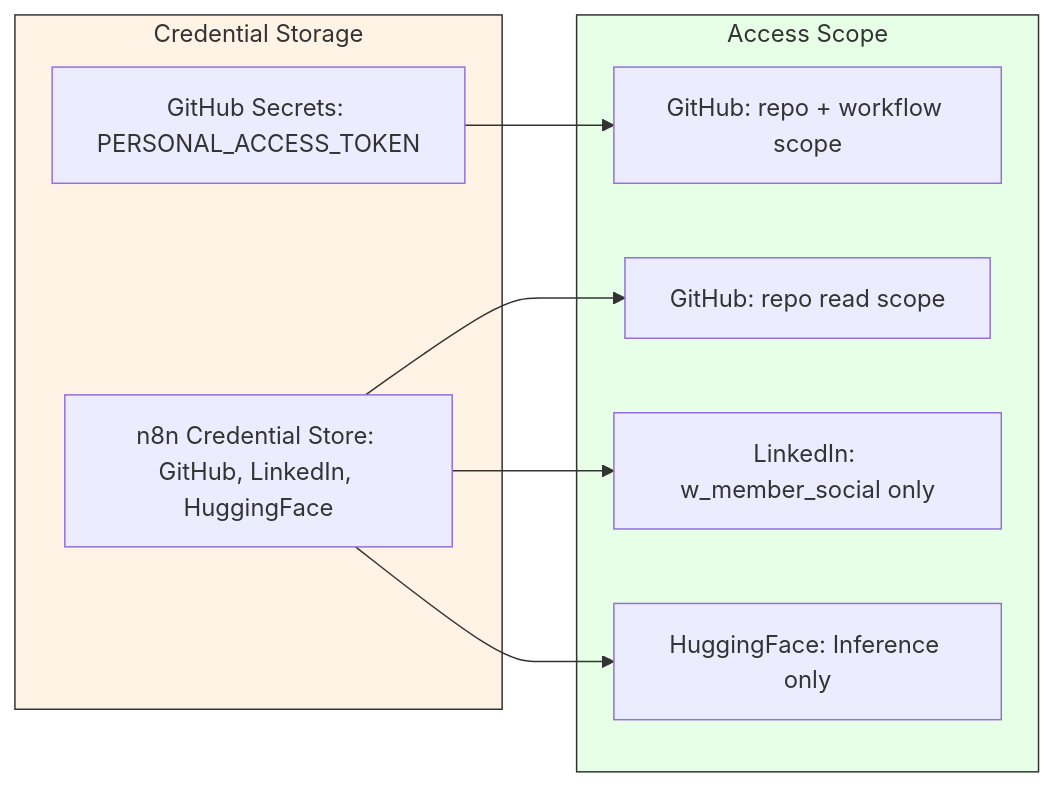
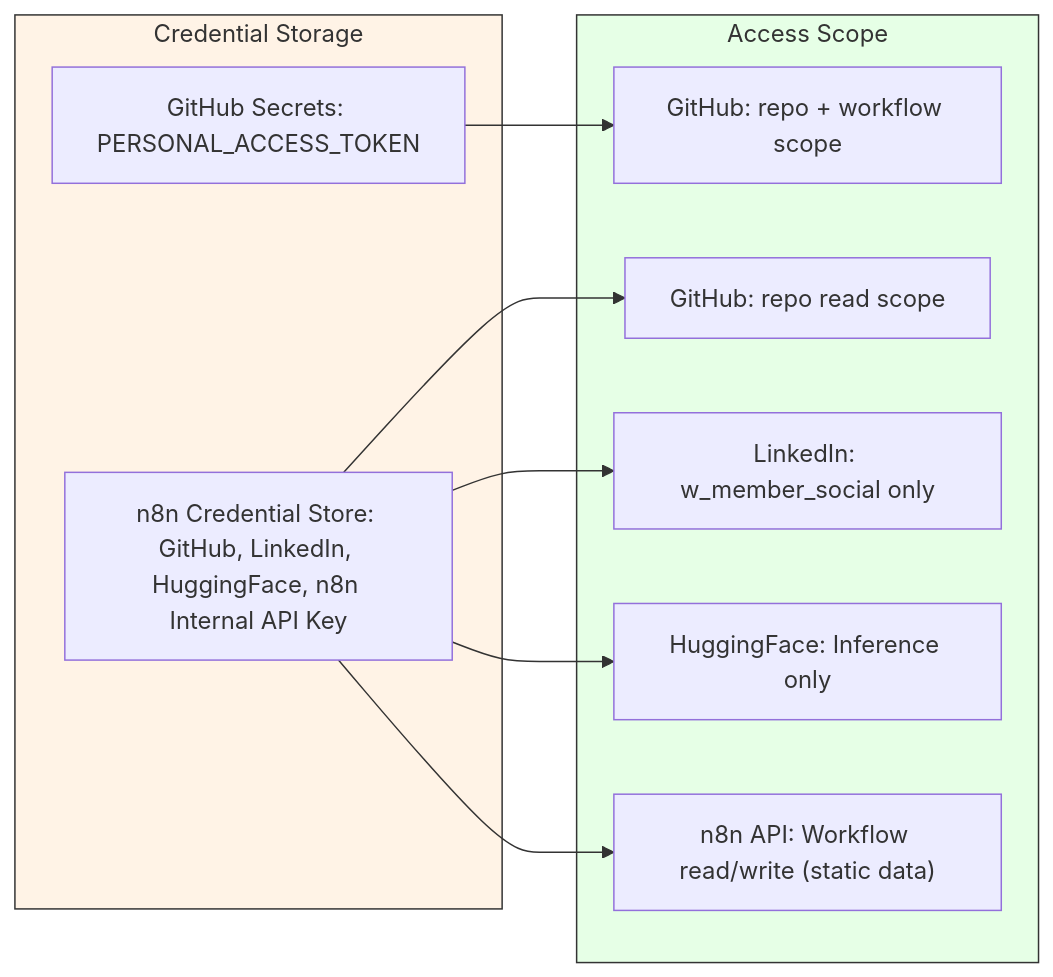
Before and after one commit to thatsmeadarsh/n8n-powered-auto-web-publish: the seventh of 7 diagrams in docs/architecture.md, drawn with Mermaid. The commit also changed other lines of this file and 7 other files, not shown here.

First line of the commit message:
Add two-workflow architecture with form-based review

````diff
--- a/docs/architecture.md
+++ b/docs/architecture.md
@@ -335,17 +413,18 @@
 ```mermaid
 graph LR
     subgraph Secrets["Credential Storage"]
         GS["GitHub Secrets: PERSONAL_ACCESS_TOKEN"]
-        NC["n8n Credential Store: GitHub, LinkedIn, HuggingFace"]
+        NC["n8n Credential Store: GitHub, LinkedIn, HuggingFace, n8n Internal API Key"]
     end
 
     subgraph Access["Access Scope"]
         GS --> GHA["GitHub: repo + workflow scope"]
         NC --> GTA["GitHub: repo read scope"]
         NC --> LIA["LinkedIn: w_member_social only"]
         NC --> HFA["HuggingFace: Inference only"]
+        NC --> N8A["n8n API: Workflow read/write (static data)"]
     end
 
     style Secrets fill:#fff3e6,stroke:#333
     style Access fill:#e6ffe6,stroke:#333
 ```
````
